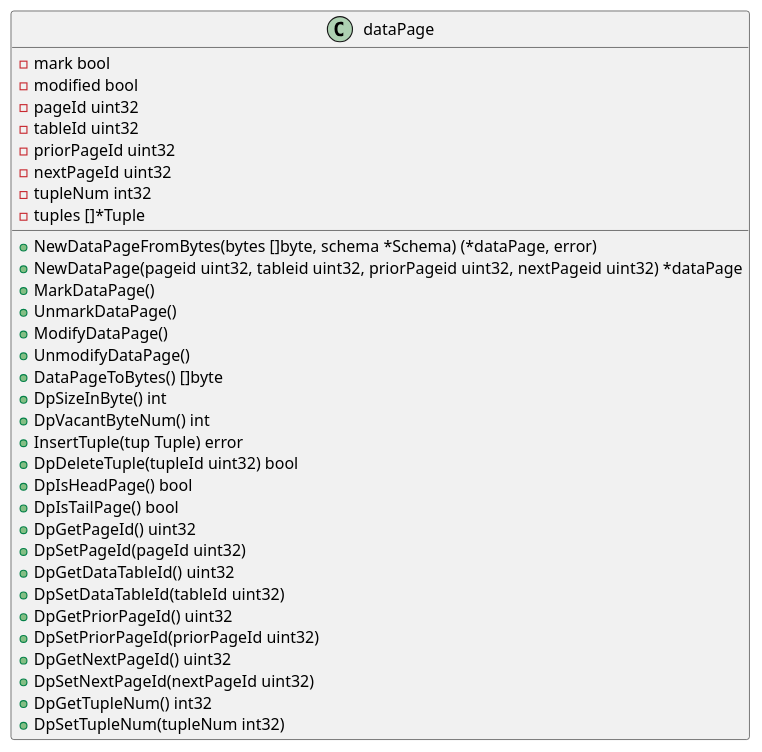
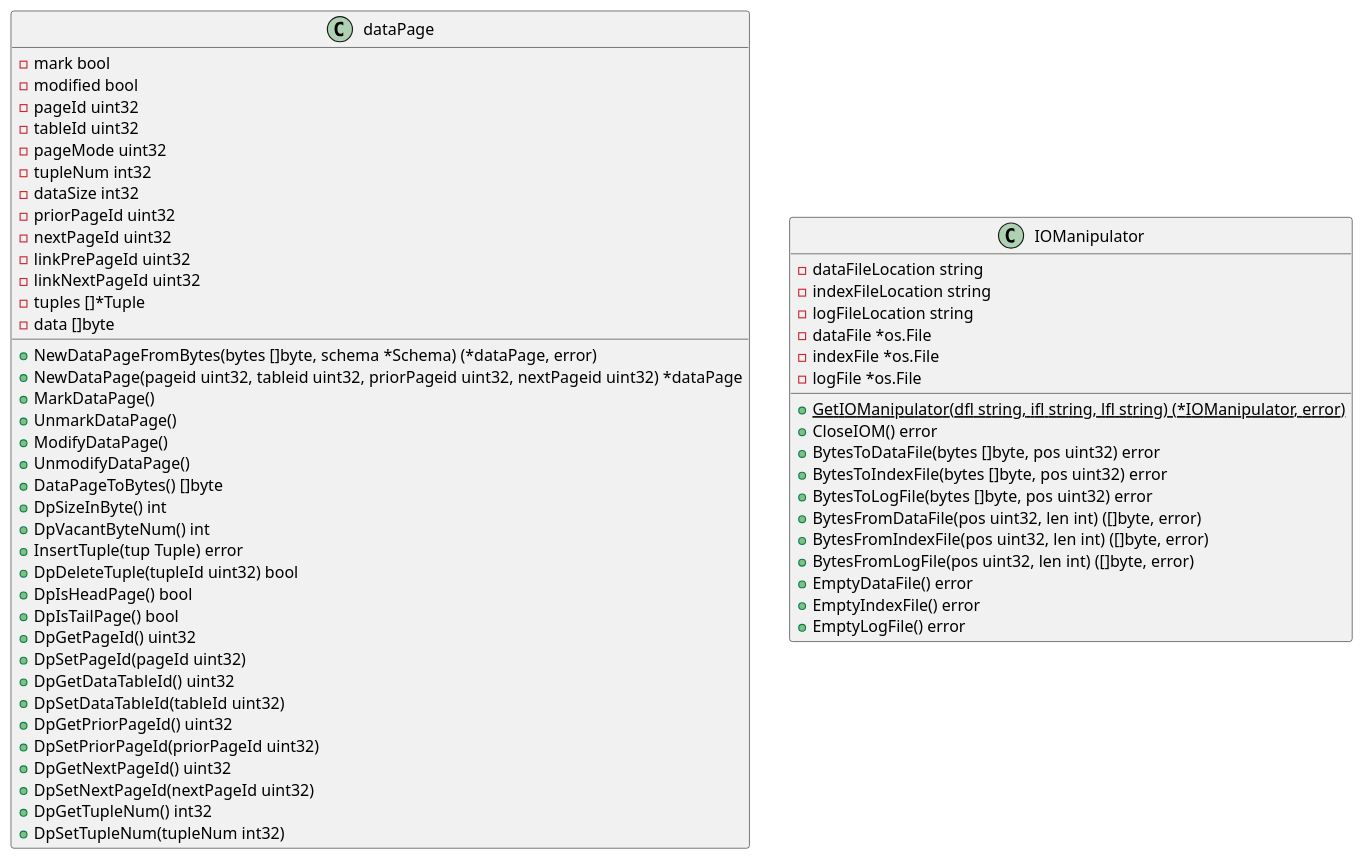
Before and after one commit to JorryJoestar/ZetaDB: the diagram in UML/storage.wsd, drawn with PlantUML. The commit also changed 1 other file, not shown here.

Commit message:
NewDataPageFromBytes

```diff
--- a/UML/storage.wsd
+++ b/UML/storage.wsd
@@ -1,39 +1,65 @@
 @startuml
 
 class dataPage {
     -mark bool
     -modified bool
     -pageId uint32
     -tableId uint32
+    -pageMode uint32
+    -tupleNum int32
+    -dataSize int32
     -priorPageId uint32
     -nextPageId uint32
-    -tupleNum int32
+    -linkPrePageId uint32
+    -linkNextPageId uint32
     -tuples []*Tuple
+    -data []byte
 
     +NewDataPageFromBytes(bytes []byte, schema *Schema) (*dataPage, error)
     +NewDataPage(pageid uint32, tableid uint32, priorPageid uint32, nextPageid uint32) *dataPage
     +MarkDataPage()
     +UnmarkDataPage()
     +ModifyDataPage()
     +UnmodifyDataPage()
     +DataPageToBytes() []byte
     +DpSizeInByte() int
     +DpVacantByteNum() int
     +InsertTuple(tup Tuple) error
     +DpDeleteTuple(tupleId uint32) bool
     +DpIsHeadPage() bool
     +DpIsTailPage() bool
     +DpGetPageId() uint32
     +DpSetPageId(pageId uint32)
     +DpGetDataTableId() uint32
     +DpSetDataTableId(tableId uint32)
     +DpGetPriorPageId() uint32
     +DpSetPriorPageId(priorPageId uint32)
     +DpGetNextPageId() uint32
     +DpSetNextPageId(nextPageId uint32)
     +DpGetTupleNum() int32
     +DpSetTupleNum(tupleNum int32)
 }
 
+class IOManipulator {
+    -dataFileLocation string
+    -indexFileLocation string
+    -logFileLocation string
+    -dataFile *os.File
+    -indexFile *os.File
+    -logFile *os.File
+
+    +{static} GetIOManipulator(dfl string, ifl string, lfl string) (*IOManipulator, error)
+    +CloseIOM() error
+    +BytesToDataFile(bytes []byte, pos uint32) error
+    +BytesToIndexFile(bytes []byte, pos uint32) error
+    +BytesToLogFile(bytes []byte, pos uint32) error
+    +BytesFromDataFile(pos uint32, len int) ([]byte, error)
+    +BytesFromIndexFile(pos uint32, len int) ([]byte, error)
+    +BytesFromLogFile(pos uint32, len int) ([]byte, error)
+    +EmptyDataFile() error
+    +EmptyIndexFile() error
+    +EmptyLogFile() error
+}
+
 
 @enduml
```
